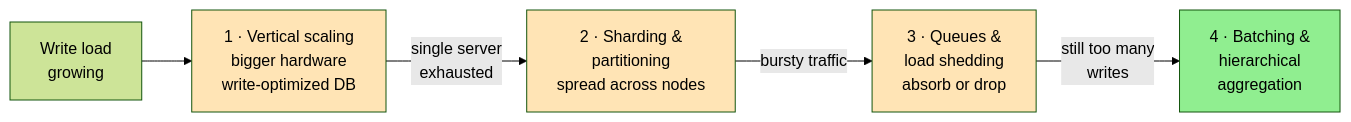
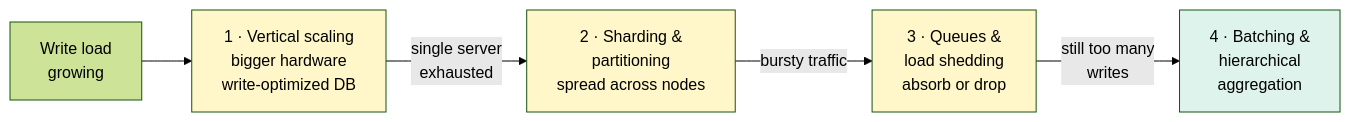
The first of 3 diagrams in LLD/SystemDesign/Patterns/ScalingWrites.md (cartmancodes/InterviewVault), drawn with Mermaid (forest theme) before and after one commit. The commit also changed other lines of this file and 679 other files, not shown here.

Commit message:
Unify content diagrams and add accessible visual walkthroughs

````diff
--- a/LLD/SystemDesign/Patterns/ScalingWrites.md
+++ b/LLD/SystemDesign/Patterns/ScalingWrites.md
@@ -61,12 +61,12 @@
 ```mermaid
 graph LR
     W[Write load<br/>growing] --> V["1 · Vertical scaling<br/>bigger hardware<br/>write-optimized DB"]
     V -->|"single server<br/>exhausted"| S["2 · Sharding &<br/>partitioning<br/>spread across nodes"]
     S -->|"bursty traffic"| Q["3 · Queues &<br/>load shedding<br/>absorb or drop"]
     Q -->|"still too many<br/>writes"| B["4 · Batching &<br/>hierarchical<br/>aggregation"]
 
-    style V fill:#FFE4B5
-    style S fill:#FFE4B5
-    style Q fill:#FFE4B5
-    style B fill:#90EE90
+    style V fill:#FFF6C9
+    style S fill:#FFF6C9
+    style Q fill:#FFF6C9
+    style B fill:#DDF3EC
 ```
````
